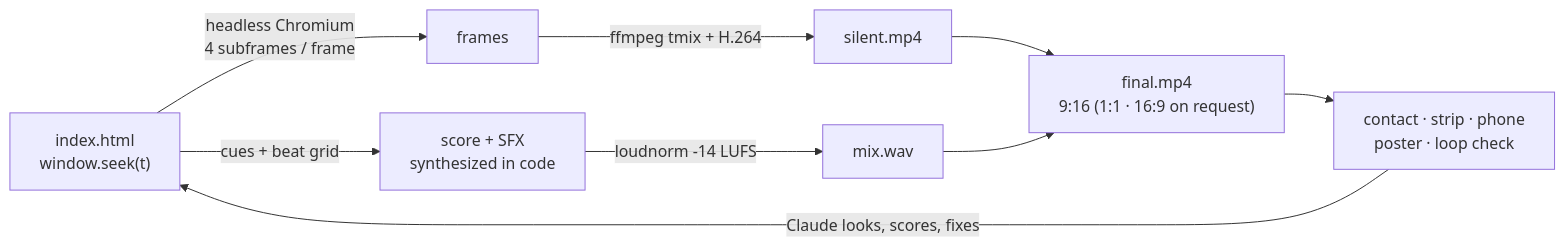
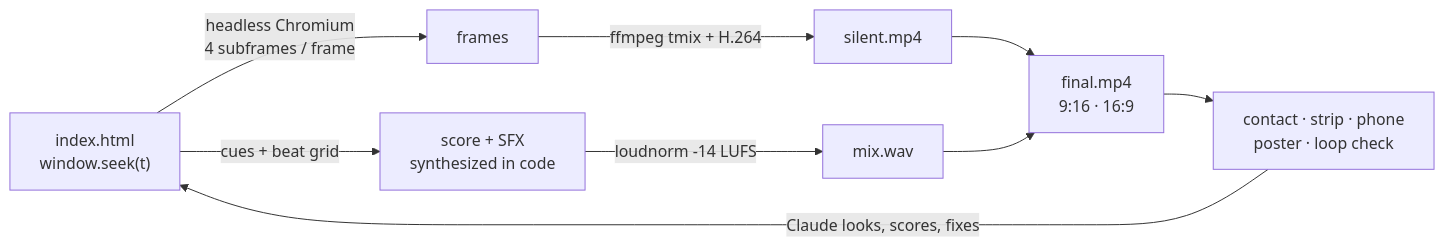
Before and after one commit to QasimTalkin/Ai-Motion-Studio: the diagram in README.md, drawn with Mermaid. The commit also changed other lines of this file and 26 other files, not shown here.

````diff
--- a/README.md
+++ b/README.md
@@ -81,11 +81,11 @@
 ```mermaid
 flowchart LR
   A["index.html<br/>window.seek(t)"] -->|headless Chromium<br/>4 subframes / frame| B["frames"]
   B -->|ffmpeg tmix + H.264| C["silent.mp4"]
   A -->|cues + beat grid| D["score + SFX<br/>synthesized in code"]
   D -->|loudnorm -14 LUFS| E["mix.wav"]
-  C --> F["final.mp4<br/>9:16 (1:1 · 16:9 on request)"]
+  C --> F["final.mp4<br/>9:16 · 16:9"]
   E --> F
   F --> G["contact · strip · phone<br/>poster · loop check"]
   G -->|Claude looks, scores, fixes| A
 ```
````
